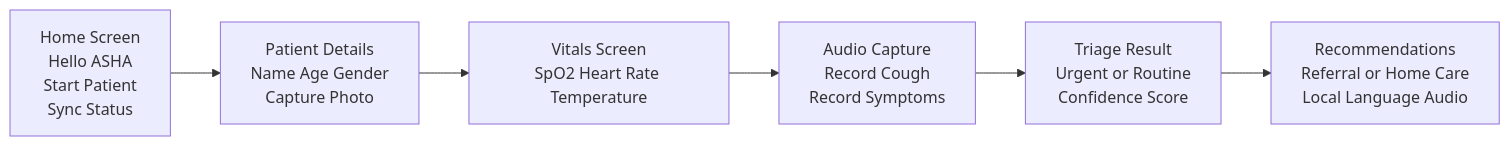
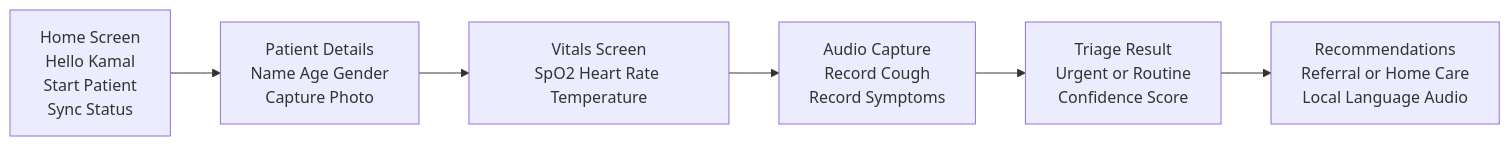
The diagram in doc.md (DevDaring/Nova_Dear-Care), drawn with Mermaid before and after one commit. The commit also changed 25 other files, not shown here.

````diff
--- a/doc.md
+++ b/doc.md
@@ -1,22 +1,22 @@
 ```mermaid
 flowchart LR
-    A[Home Screen<br/>Hello ASHA<br/>Start Patient<br/>Sync Status]
+    A[Home Screen<br/>Hello Kamal<br/>Start Patient<br/>Sync Status]
 
     B[Patient Details<br/>Name Age Gender<br/>Capture Photo]
 
     C[Vitals Screen<br/>SpO2 Heart Rate Temperature]
 
     D[Audio Capture<br/>Record Cough<br/>Record Symptoms]
 
     E[Triage Result<br/>Urgent or Routine<br/>Confidence Score]
 
     F[Recommendations<br/>Referral or Home Care<br/>Local Language Audio]
 
     A --> B
     B --> C
     C --> D
     D --> E
     E --> F
 
 
 ```
````
